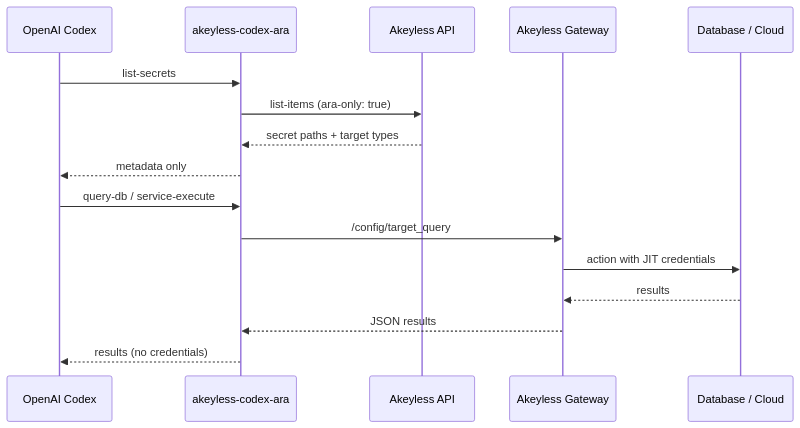
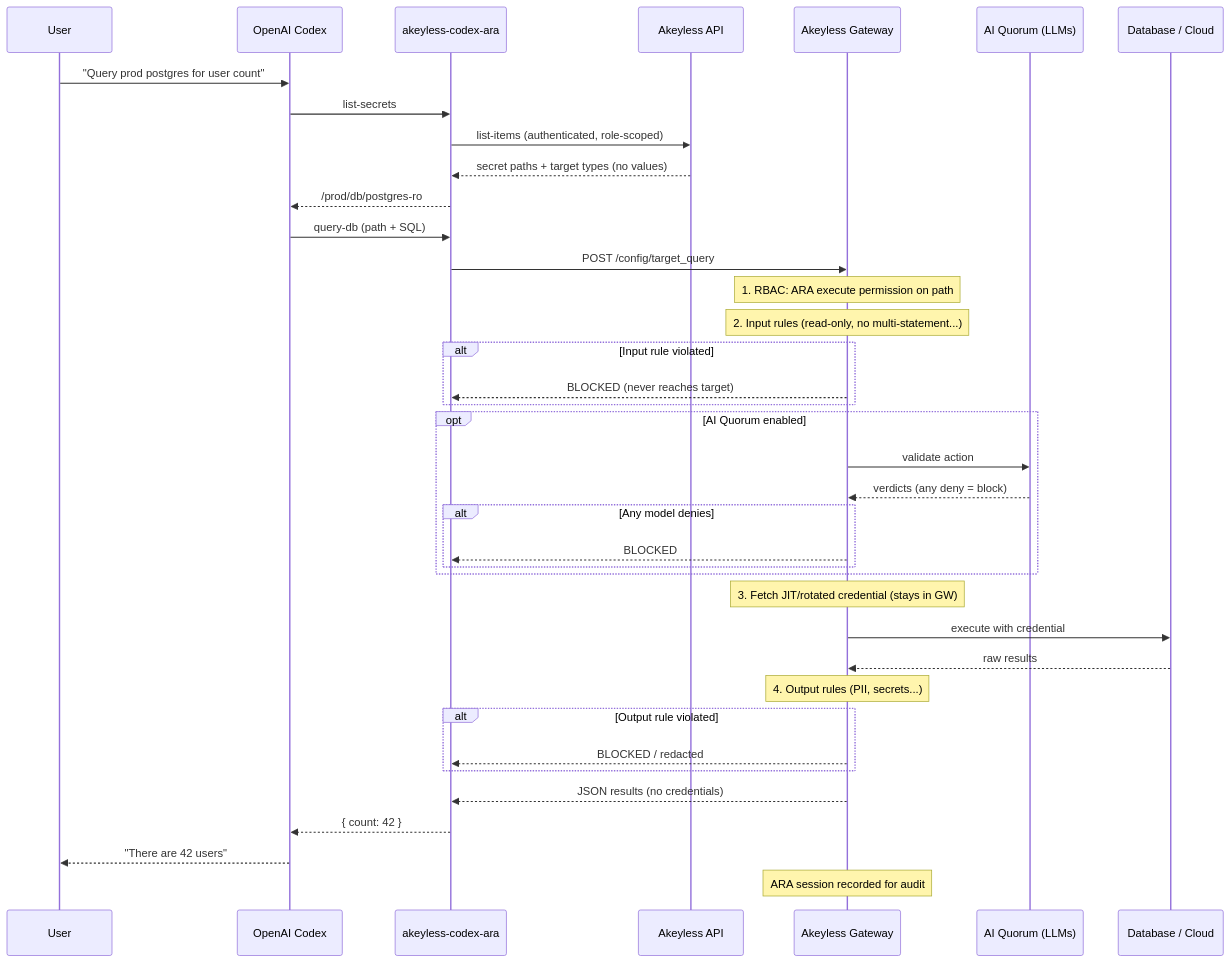
One commit to akeyless-community/codex-akeyless-mcp changed the diagram in README.md. Above: the diagram before and after it, drawn with Mermaid. The commit also changed other lines of this file, not shown here.

Commit message:
SEO optimization
Updated README to clarify the purpose and functionality of the Akeyless Plugin for OpenAI Codex, including changes to the architecture diagram and installation instructions.

````diff
--- a/README.md
+++ b/README.md
@@ -98,19 +96,41 @@
 ```mermaid
 sequenceDiagram
-    participant Codex as OpenAI Codex
-    participant MCP as akeyless-codex-ara
-    participant API as Akeyless API
-    participant GW as Akeyless Gateway
-    participant Target as Database / Cloud
+    participant U as User
+    participant C as OpenAI Codex
+    participant M as akeyless-codex-ara
+    participant A as Akeyless API
+    participant G as Akeyless Gateway
+    participant L as AI Quorum (LLMs)
+    participant R as Database / Cloud
 
-    Codex->>MCP: list-secrets
-    MCP->>API: list-items (ara-only: true)
-    API-->>MCP: secret paths + target types
-    MCP-->>Codex: metadata only
-    Codex->>MCP: query-db / service-execute
-    MCP->>GW: /config/target_query
-    GW->>Target: action with JIT credentials
-    Target-->>GW: results
-    GW-->>MCP: JSON results
-    MCP-->>Codex: results (no credentials)
+    U->>C: "Query prod postgres for user count"
+    C->>M: list-secrets
+    M->>A: list-items (authenticated, role-scoped)
+    A-->>M: secret paths + target types (no values)
+    M-->>C: /prod/db/postgres-ro
+    C->>M: query-db (path + SQL)
+    M->>G: POST /config/target_query
+    Note over G: 1. RBAC: ARA execute permission on path
+    Note over G: 2. Input rules (read-only, no multi-statement...)
+    alt Input rule violated
+        G-->>M: BLOCKED (never reaches target)
+    end
+    opt AI Quorum enabled
+        G->>L: validate action
+        L-->>G: verdicts (any deny = block)
+        alt Any model denies
+            G-->>M: BLOCKED
+        end
+    end
+    Note over G: 3. Fetch JIT/rotated credential (stays in GW)
+    G->>R: execute with credential
+    R-->>G: raw results
+    Note over G: 4. Output rules (PII, secrets...)
+    alt Output rule violated
+        G-->>M: BLOCKED / redacted
+    end
+    G-->>M: JSON results (no credentials)
+    M-->>C: { count: 42 }
+    C-->>U: "There are 42 users"
+    Note over G: ARA session recorded for audit
 ```
````
